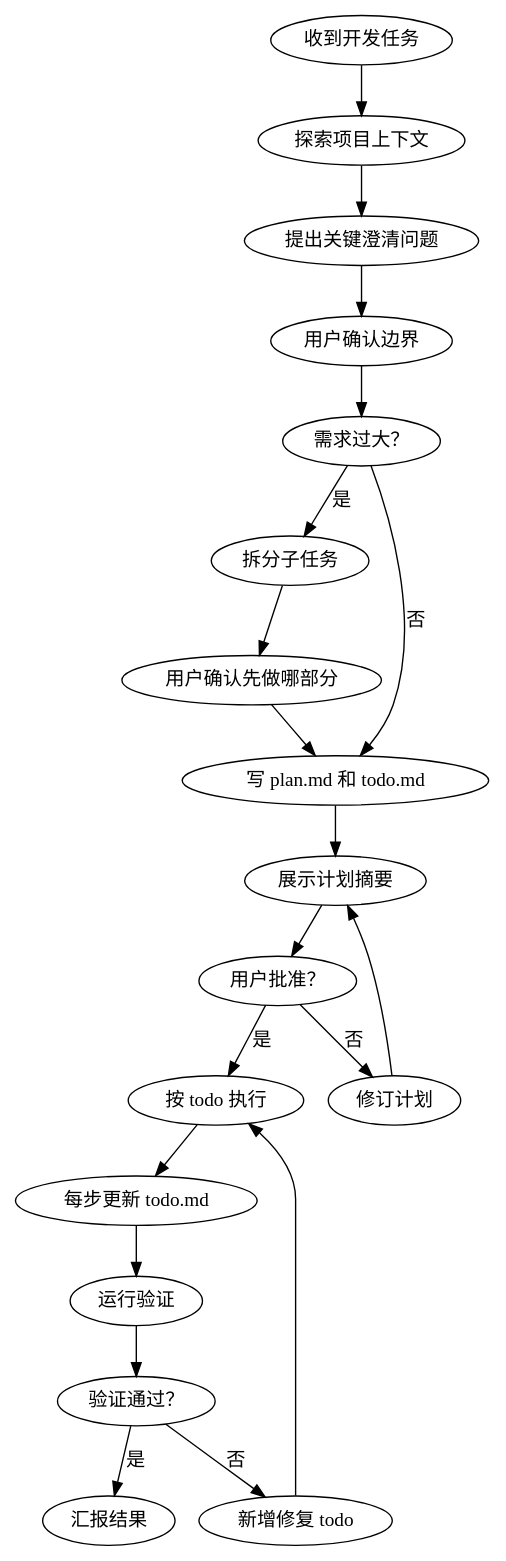
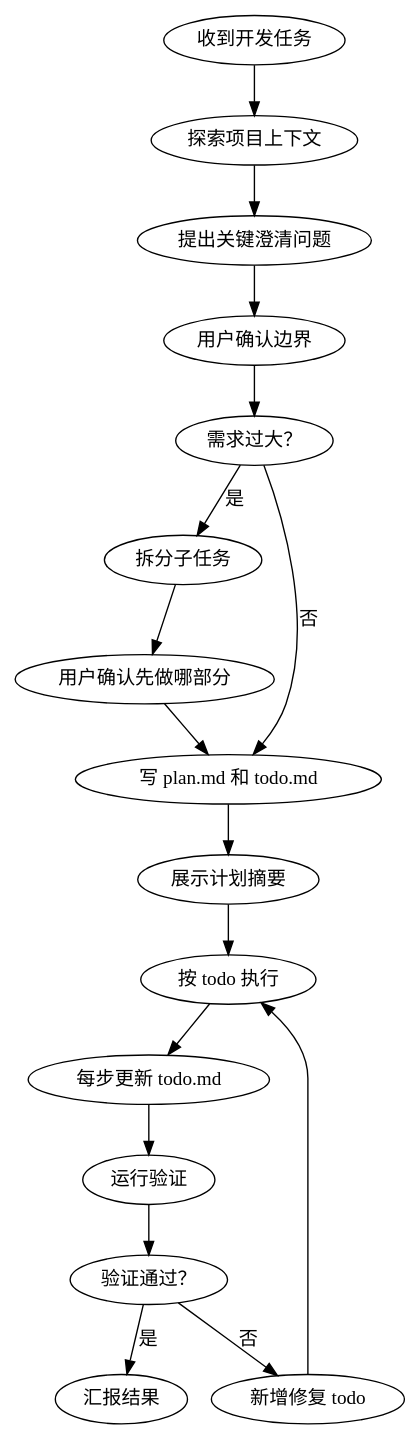
One commit to bmfy-space/skills changed the diagram in skills/developemnt-plan/SKILL.md. Above: the diagram before and after it, drawn with Graphviz. The commit also changed other lines of this file, not shown here.

````diff
--- a/skills/developemnt-plan/SKILL.md
+++ b/skills/developemnt-plan/SKILL.md
@@ -219,23 +219,20 @@
 ```dot
 digraph plan_first_development {
     "收到开发任务" -> "探索项目上下文";
     "探索项目上下文" -> "提出关键澄清问题";
     "提出关键澄清问题" -> "用户确认边界";
     "用户确认边界" -> "需求过大？";
     "需求过大？" -> "拆分子任务" [label="是"];
     "拆分子任务" -> "用户确认先做哪部分";
     "用户确认先做哪部分" -> "写 plan.md 和 todo.md";
     "需求过大？" -> "写 plan.md 和 todo.md" [label="否"];
     "写 plan.md 和 todo.md" -> "展示计划摘要";
-    "展示计划摘要" -> "用户批准？";
-    "用户批准？" -> "修订计划" [label="否"];
-    "修订计划" -> "展示计划摘要";
-    "用户批准？" -> "按 todo 执行" [label="是"];
+    "展示计划摘要" -> "按 todo 执行";
     "按 todo 执行" -> "每步更新 todo.md";
     "每步更新 todo.md" -> "运行验证";
     "运行验证" -> "验证通过？";
     "验证通过？" -> "新增修复 todo" [label="否"];
     "新增修复 todo" -> "按 todo 执行";
     "验证通过？" -> "汇报结果" [label="是"];
 }
 ```
````
